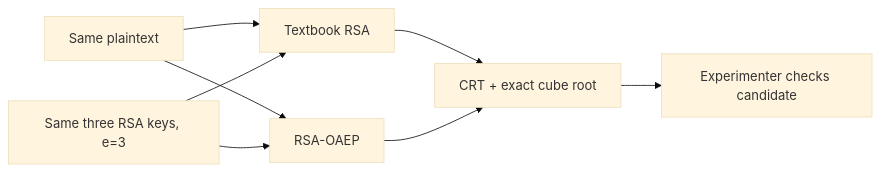
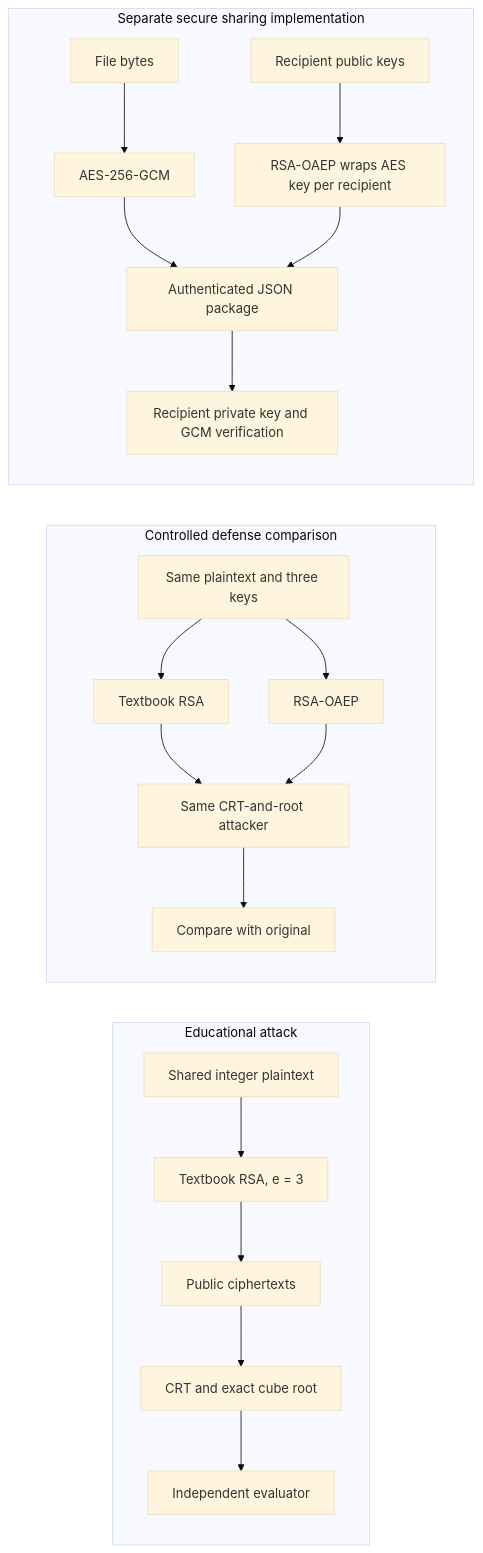
One commit to Dung092005/Crypto-project changed the diagram in README.md. Above: the diagram before and after it, drawn with Mermaid (base theme). The commit also changed other lines of this file, not shown here.

````diff
--- a/README.md
+++ b/README.md
@@ -35,10 +71,23 @@
 ```mermaid
 flowchart LR
-    M[Same plaintext] --> T[Textbook RSA]
-    M --> O[RSA-OAEP]
-    K[Same three RSA keys, e=3] --> T
-    K --> O
-    T --> E[CRT + exact cube root]
-    O --> E
-    E --> V[Experimenter checks candidate]
+    subgraph Attack["Educational attack"]
+        A["Shared integer plaintext"] --> B["Textbook RSA, e = 3"]
+        B --> C["Public ciphertexts"]
+        C --> D["CRT and exact cube root"]
+        D --> E["Independent evaluator"]
+    end
+    subgraph Defense["Controlled defense comparison"]
+        F["Same plaintext and three keys"] --> G["Textbook RSA"]
+        F --> H["RSA-OAEP"]
+        G --> I["Same CRT-and-root attacker"]
+        H --> I
+        I --> J["Compare with original"]
+    end
+    subgraph Sharing["Separate secure sharing implementation"]
+        K["File bytes"] --> L["AES-256-GCM"]
+        M["Recipient public keys"] --> N["RSA-OAEP wraps AES key per recipient"]
+        L --> O["Authenticated JSON package"]
+        N --> O
+        O --> P["Recipient private key and GCM verification"]
+    end
 ```
````
